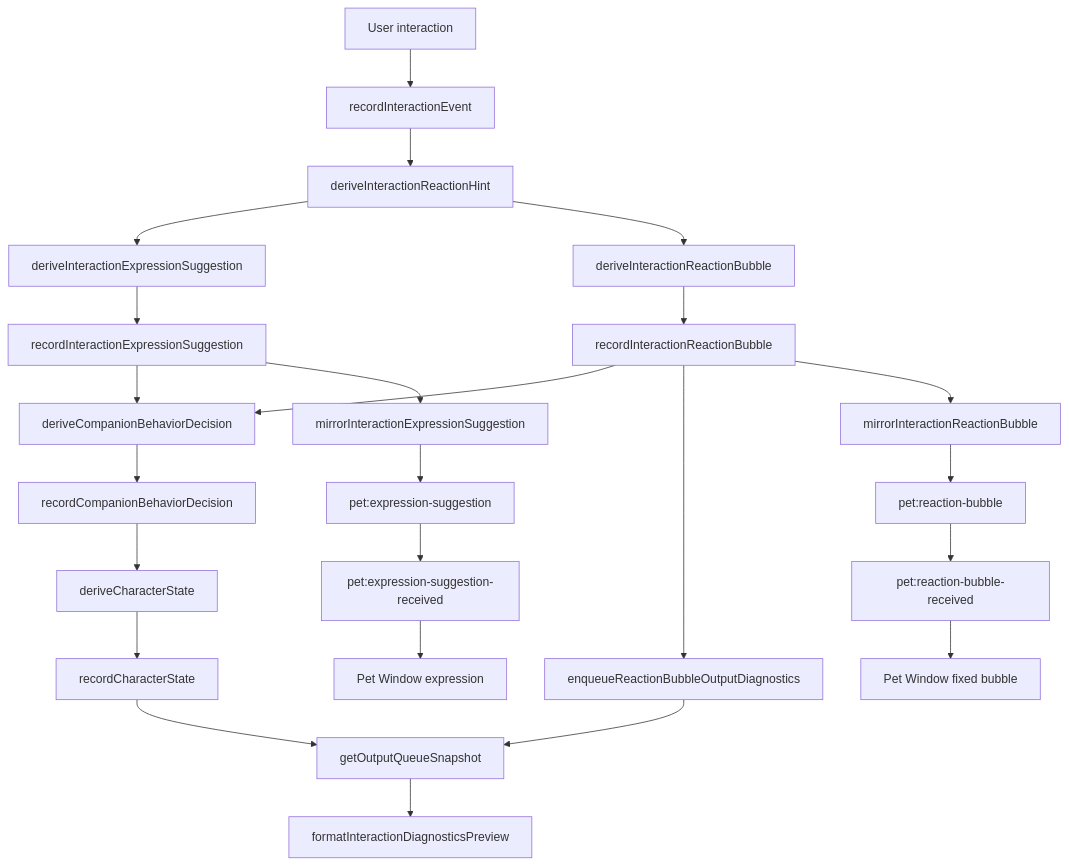
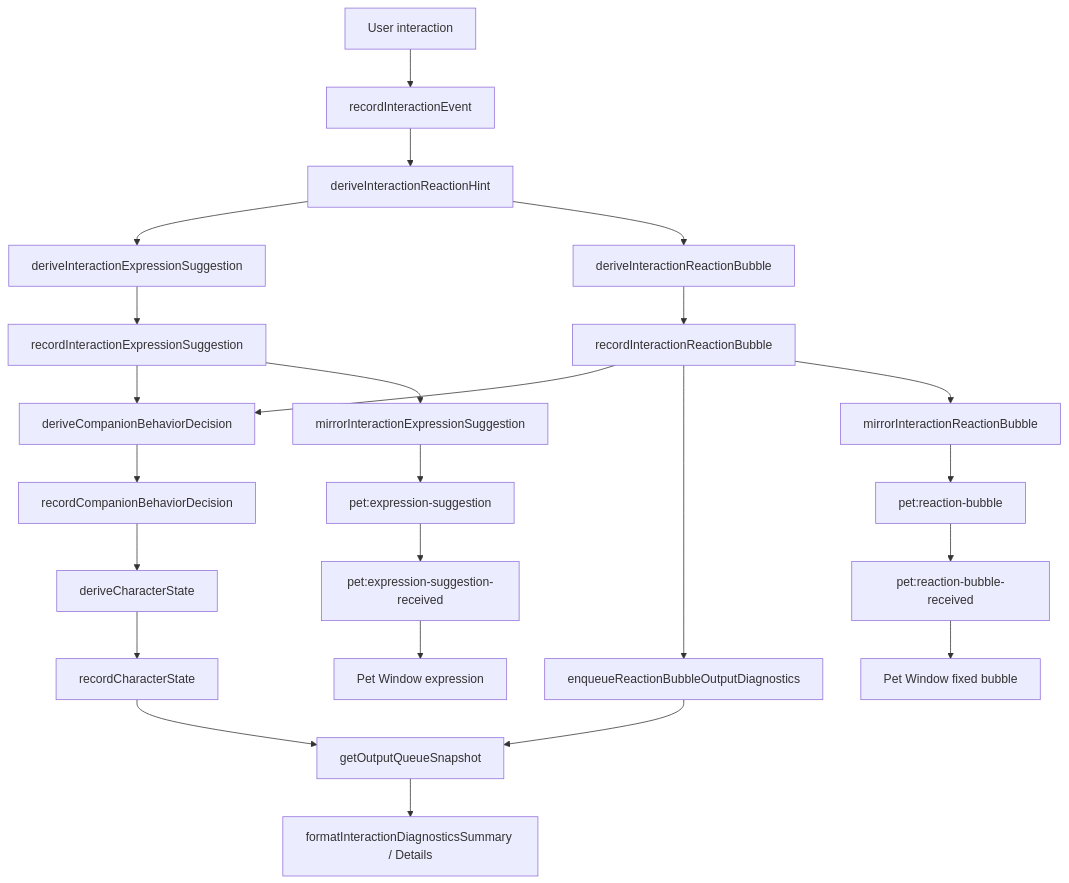
One commit to RickHSIAO/Dragon-pet-AI changed the diagram in docs/INTERACTIVE_COMPANION_ARCHITECTURE.md. Above: the diagram before and after it, drawn with Mermaid. The commit also changed other lines of this file and 9 other files, not shown here.

````diff
--- a/docs/INTERACTIVE_COMPANION_ARCHITECTURE.md
+++ b/docs/INTERACTIVE_COMPANION_ARCHITECTURE.md
@@ -69,26 +69,26 @@
 ```mermaid
 flowchart TD
   A[User interaction] --> B[recordInteractionEvent]
   B --> C[deriveInteractionReactionHint]
   C --> D[deriveInteractionExpressionSuggestion]
   C --> E[deriveInteractionReactionBubble]
   D --> F[recordInteractionExpressionSuggestion]
   E --> G[recordInteractionReactionBubble]
   F --> H[deriveCompanionBehaviorDecision]
   G --> H
   H --> I[recordCompanionBehaviorDecision]
   I --> R[deriveCharacterState]
   R --> S[recordCharacterState]
   S --> U[getOutputQueueSnapshot]
-  U --> T[formatInteractionDiagnosticsPreview]
+  U --> T[formatInteractionDiagnosticsSummary / Details]
   G --> V[enqueueReactionBubbleOutputDiagnostics]
   V --> U
   F --> J[mirrorInteractionExpressionSuggestion]
   J --> K[pet:expression-suggestion]
   K --> L[pet:expression-suggestion-received]
   L --> M[Pet Window expression]
   G --> N[mirrorInteractionReactionBubble]
   N --> O[pet:reaction-bubble]
   O --> P[pet:reaction-bubble-received]
   P --> Q[Pet Window fixed bubble]
 ```
````
